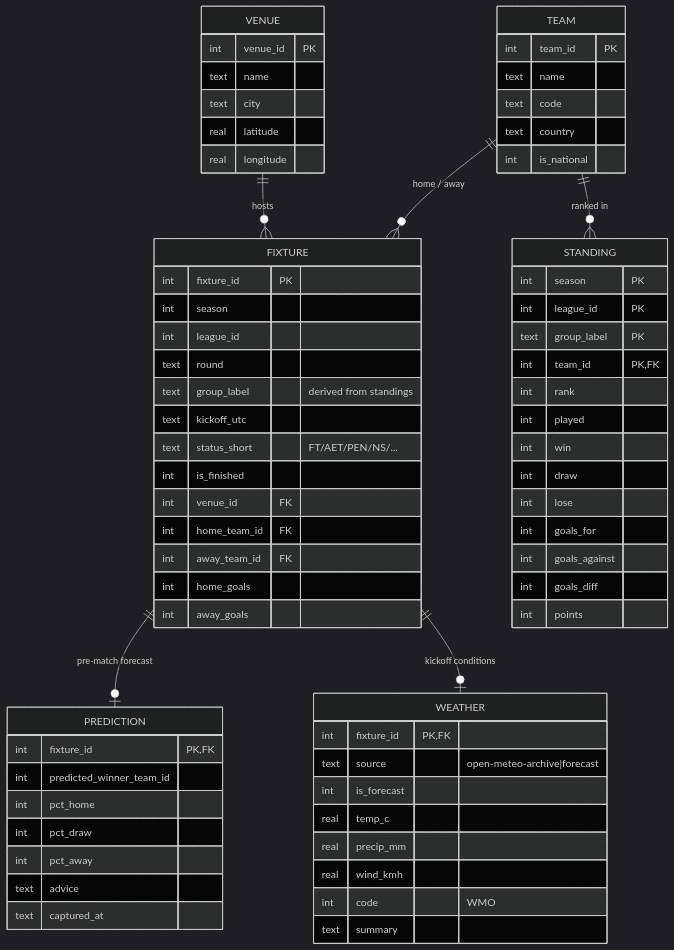
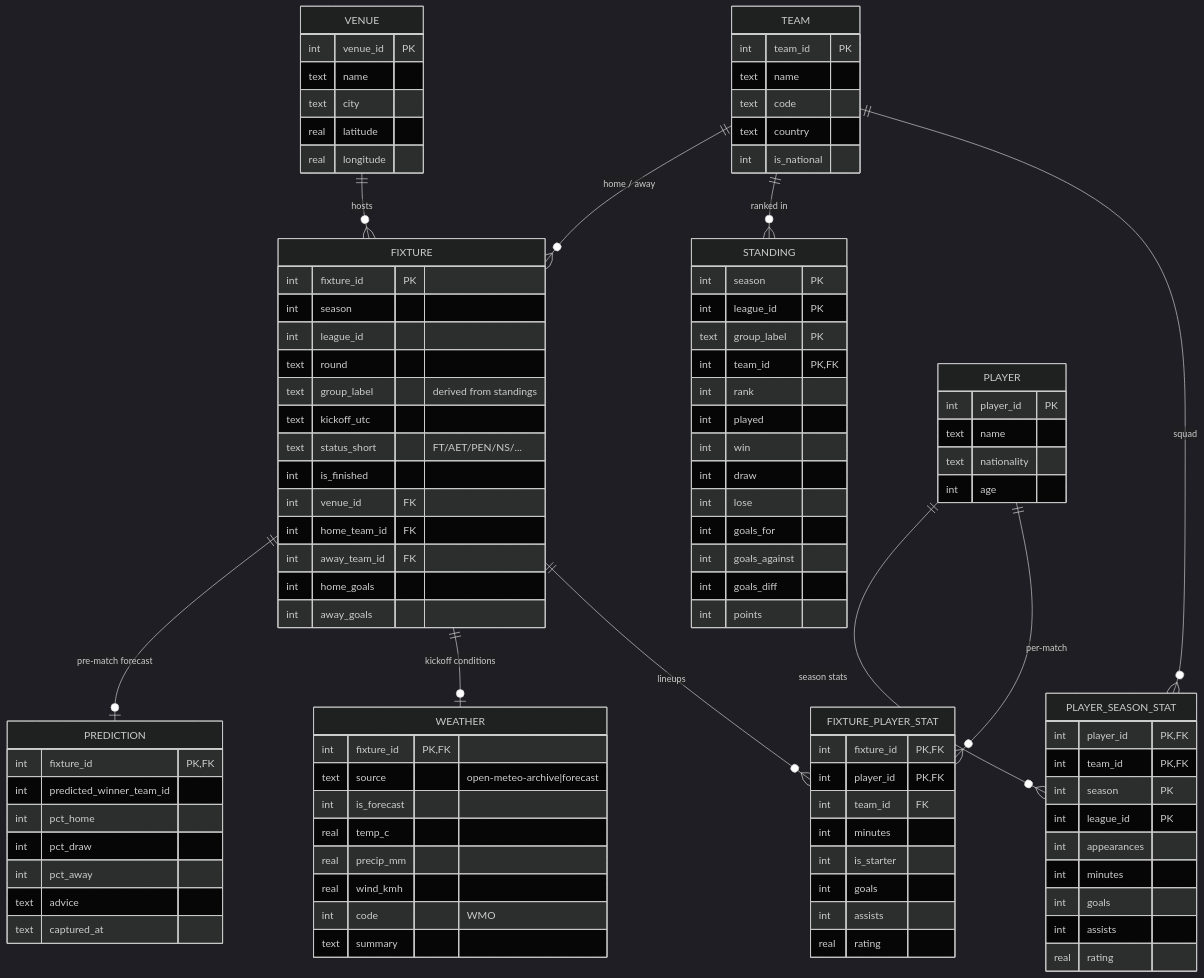
Before and after one commit to marc4data/world-cup-2026: the diagram in README.md, drawn with Mermaid (dark theme). The commit also changed other lines of this file and 9 other files, not shown here.

First line of the commit message:
M7: Phase 2 scaffold — player season + per-match stats

````diff
--- a/README.md
+++ b/README.md
@@ -31,6 +31,10 @@
     TEAM     ||--o{ STANDING   : "ranked in"
     FIXTURE  ||--o| PREDICTION : "pre-match forecast"
     FIXTURE  ||--o| WEATHER    : "kickoff conditions"
+    PLAYER   ||--o{ PLAYER_SEASON_STAT  : "season stats"
+    TEAM     ||--o{ PLAYER_SEASON_STAT  : "squad"
+    PLAYER   ||--o{ FIXTURE_PLAYER_STAT : "per-match"
+    FIXTURE  ||--o{ FIXTURE_PLAYER_STAT : "lineups"
 
     TEAM {
         int  team_id PK
@@ -95,4 +99,31 @@
         int  code "WMO"
         text summary
     }
+    PLAYER {
+        int  player_id PK
+        text name
+        text nationality
+        int  age
+    }
+    PLAYER_SEASON_STAT {
+        int  player_id PK,FK
+        int  team_id PK,FK
+        int  season PK
+        int  league_id PK
+        int  appearances
+        int  minutes
+        int  goals
+        int  assists
+        real rating
+    }
+    FIXTURE_PLAYER_STAT {
+        int  fixture_id PK,FK
+        int  player_id PK,FK
+        int  team_id FK
+        int  minutes
+        int  is_starter
+        int  goals
+        int  assists
+        real rating
+    }
 ```
````
